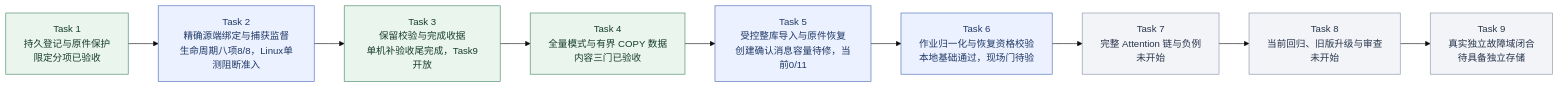
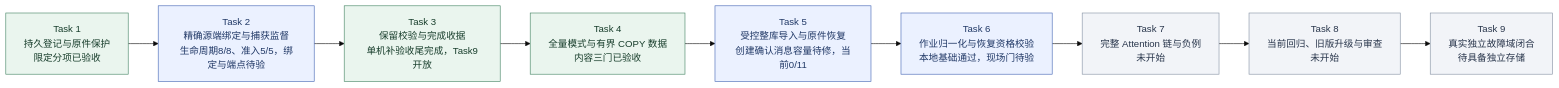
The second of 9 diagrams in docs/KnowWeave实施路线与系统架构.md (MansurnamedZhang/learning-system-p0c4), drawn with Mermaid (base theme) before and after one commit. The commit also changed other lines of this file and 11 other files, not shown here.

````diff
--- a/docs/KnowWeave实施路线与系统架构.md
+++ b/docs/KnowWeave实施路线与系统架构.md
@@ -72,26 +72,26 @@
 ```mermaid
 flowchart LR
     C4T1["Task 1<br/>持久登记与原件保护<br/>限定分项已验收"]
-    C4T2["Task 2<br/>精确源端绑定与捕获监督<br/>生命周期八项8/8，Linux单测阻断准入"]
+    C4T2["Task 2<br/>精确源端绑定与捕获监督<br/>生命周期8/8、准入5/5，绑定与端点待验"]
     C4T3["Task 3<br/>保留校验与完成收据<br/>单机补验收尾完成，Task9开放"]
     C4T4["Task 4<br/>全量模式与有界 COPY 数据<br/>内容三门已验收"]
     C4T5["Task 5<br/>受控整库导入与原件恢复<br/>创建确认消息容量待修，当前0/11"]
     C4T6["Task 6<br/>作业归一化与恢复资格校验<br/>本地基础通过，现场门待验"]
     C4T7["Task 7<br/>完整 Attention 链与负例<br/>未开始"]
     C4T8["Task 8<br/>当前回归、旧版升级与审查<br/>未开始"]
     C4T9["Task 9<br/>真实独立故障域闭合<br/>待具备独立存储"]
     C4T1 --> C4T2
     C4T2 --> C4T3
     C4T3 --> C4T4
     C4T4 --> C4T5
     C4T5 --> C4T6
     C4T6 --> C4T7
     C4T7 --> C4T8
     C4T8 --> C4T9
     class C4T1,C4T3,C4T4 done
     class C4T2,C4T5,C4T6 next
     class C4T7,C4T8,C4T9 planned
     classDef done fill:#eaf5ee,stroke:#438363,color:#173d2b
     classDef next fill:#ebf1ff,stroke:#4365b4,color:#203866
     classDef planned fill:#f2f4f8,stroke:#8591a3,color:#28354b
 ```
````
